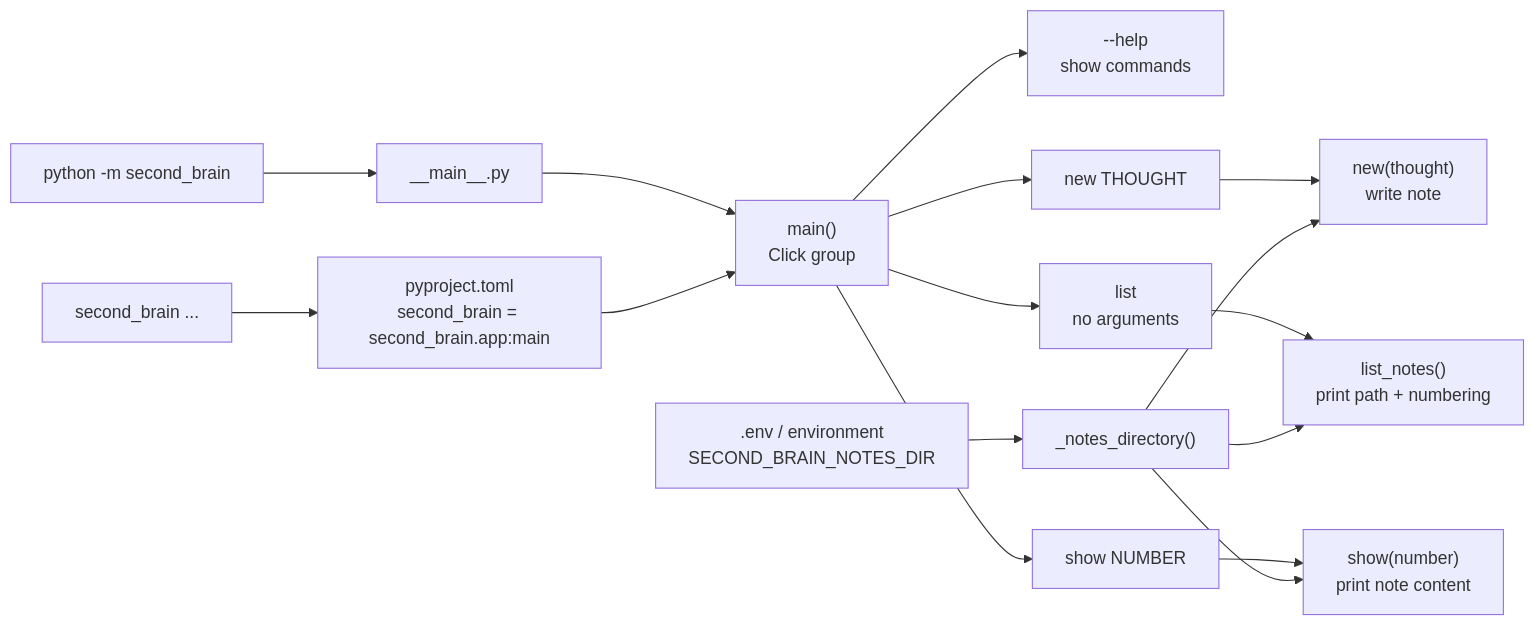
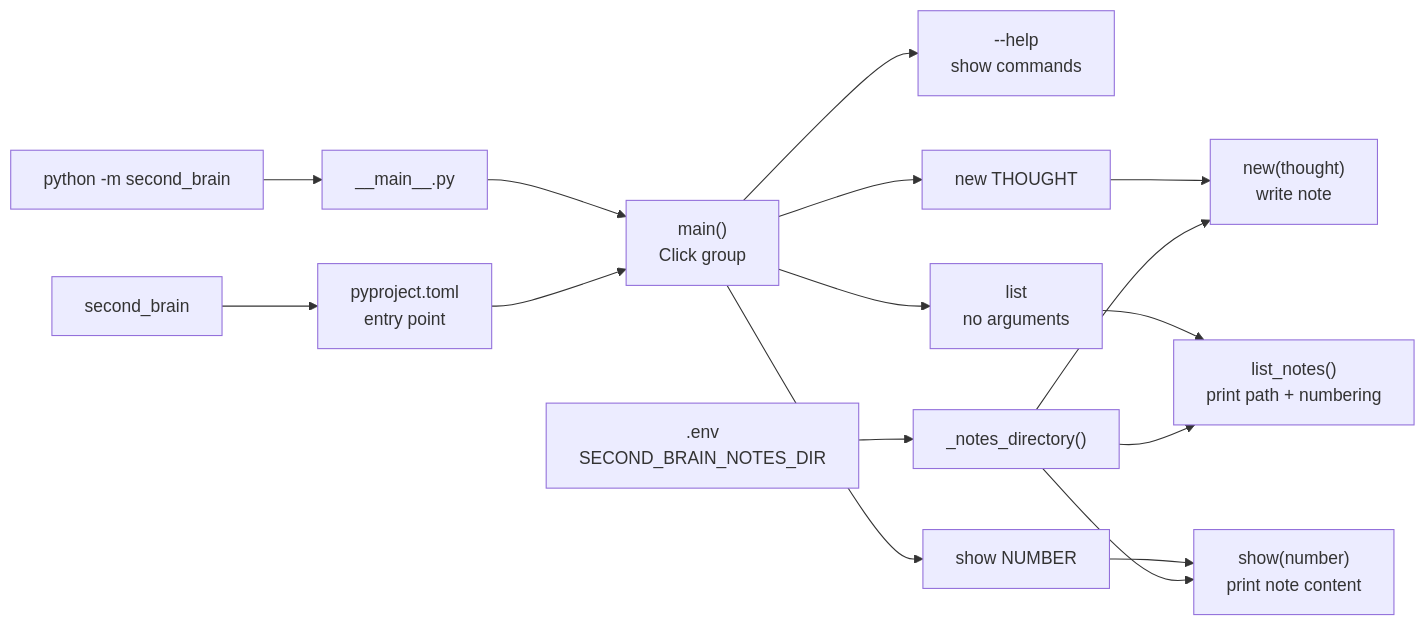
One commit to techieeliot/second-brain changed the second of 3 diagrams in docs/ARCH-001-app-flowcharts.md. Above: the diagram before and after it, drawn with Mermaid. The commit also changed other lines of this file and 1 other file, not shown here.

Commit message:
Refactor flowcharts in documentation for improved clarity and structure

````diff
--- a/docs/ARCH-001-app-flowcharts.md
+++ b/docs/ARCH-001-app-flowcharts.md
@@ -58,21 +71,21 @@
 ```mermaid
 flowchart LR
-    Console["second_brain ..."] --> Script["pyproject.toml<br/>second_brain = second_brain.app:main"]
+    Console["second_brain"] --> Script["pyproject.toml<br/>entry point"]
     Module["python -m second_brain"] --> MainModule["__main__.py"]
     MainModule --> Group["main()<br/>Click group"]
     Script --> Group
 
     Group --> Help["--help<br/>show commands"]
     Group --> New["new THOUGHT"]
     Group --> List["list<br/>no arguments"]
     Group --> Show["show NUMBER"]
 
     New --> NewFn["new(thought)<br/>write note"]
     List --> ListFn["list_notes()<br/>print path + numbering"]
     Show --> ShowFn["show(number)<br/>print note content"]
 
-    Env[".env / environment<br/>SECOND_BRAIN_NOTES_DIR"] --> Config["_notes_directory()"]
+    Env[".env<br/>SECOND_BRAIN_NOTES_DIR"] --> Config["_notes_directory()"]
     Config --> NewFn
     Config --> ListFn
     Config --> ShowFn
 ```
````
